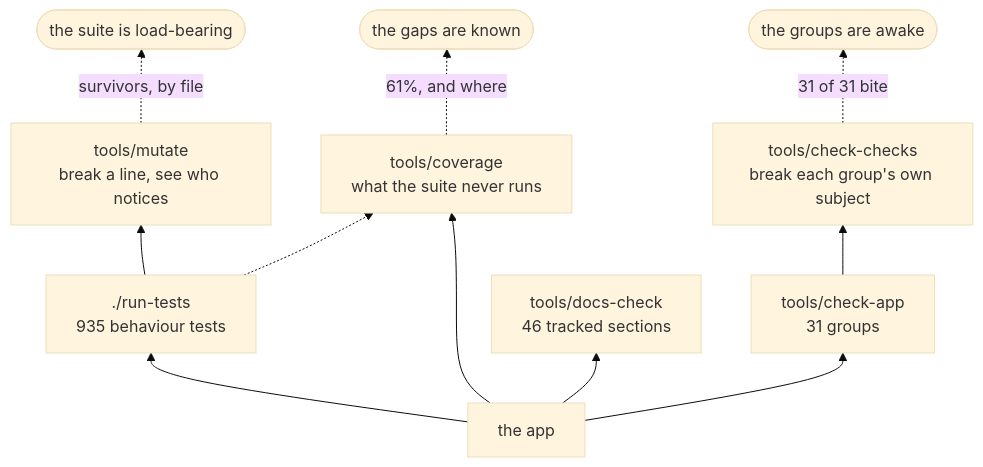
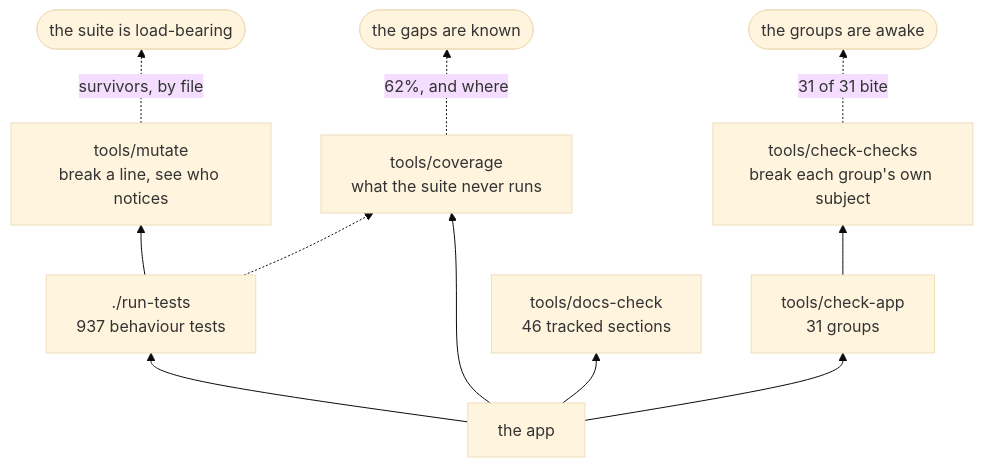
One commit to minormending/crystal-pilot-mobile changed the second of 3 diagrams in docs/DEVELOPING.md. Above: the diagram before and after it, drawn with Mermaid (base theme). The commit also changed other lines of this file and 8 other files, not shown here.

First line of the commit message:
Read the trainers, and the row the chart leaves out

````diff
--- a/docs/DEVELOPING.md
+++ b/docs/DEVELOPING.md
@@ -128,13 +128,13 @@
 ```mermaid
 flowchart BT
-    C["the app"] --> T["./run-tests<br/>935 behaviour tests"]
+    C["the app"] --> T["./run-tests<br/>937 behaviour tests"]
     C --> A["tools/check-app<br/>31 groups"]
     C --> D["tools/docs-check<br/>46 tracked sections"]
     C --> V["tools/coverage<br/>what the suite never runs"]
     T --> M["tools/mutate<br/>break a line, see who notices"]
     A --> K["tools/check-checks<br/>break each group's own subject"]
     T -.-> V
     M -.->|"survivors, by file"| R(["the suite is load-bearing"])
     K -.->|"31 of 31 bite"| R2(["the groups are awake"])
-    V -.->|"61%, and where"| R3(["the gaps are known"])
+    V -.->|"62%, and where"| R3(["the gaps are known"])
 ```
````
